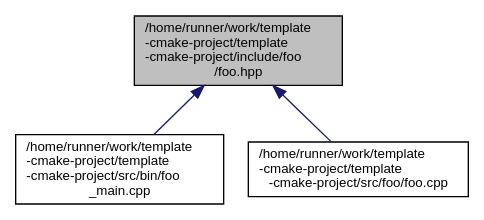
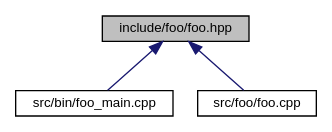
One commit to francofusco/template-cmake-project changed the diagram in foo_8hpp__dep__incl.dot. Above: the diagram before and after it, drawn with Graphviz. The commit also changed 83 other files, not shown here.

```diff
--- a/foo_8hpp__dep__incl.dot
+++ b/foo_8hpp__dep__incl.dot
@@ -1,11 +1,11 @@
-digraph "/home/runner/work/template-cmake-project/template-cmake-project/include/foo/foo.hpp"
+digraph "include/foo/foo.hpp"
 {
  // LATEX_PDF_SIZE
   edge [fontname="Helvetica",fontsize="10",labelfontname="Helvetica",labelfontsize="10"];
   node [fontname="Helvetica",fontsize="10",shape=record];
-  Node1 [label="/home/runner/work/template\l-cmake-project/template\l-cmake-project/include/foo\l/foo.hpp",height=0.2,width=0.4,color="black", fillcolor="grey75", style="filled", fontcolor="black",tooltip="Header file for the foo::bar(int) function."];
+  Node1 [label="include/foo/foo.hpp",height=0.2,width=0.4,color="black", fillcolor="grey75", style="filled", fontcolor="black",tooltip="Header file for the foo::bar(int) function."];
   Node1 -> Node2 [dir="back",color="midnightblue",fontsize="10",style="solid",fontname="Helvetica"];
-  Node2 [label="/home/runner/work/template\l-cmake-project/template\l-cmake-project/src/bin/foo\l_main.cpp",height=0.2,width=0.4,color="black", fillcolor="white", style="filled",URL="$foo__main_8cpp.html",tooltip="Executable using the foo::bar(int) function."];
+  Node2 [label="src/bin/foo_main.cpp",height=0.2,width=0.4,color="black", fillcolor="white", style="filled",URL="$foo__main_8cpp.html",tooltip="Executable using the foo::bar(int) function."];
   Node1 -> Node3 [dir="back",color="midnightblue",fontsize="10",style="solid",fontname="Helvetica"];
-  Node3 [label="/home/runner/work/template\l-cmake-project/template\l-cmake-project/src/foo/foo.cpp",height=0.2,width=0.4,color="black", fillcolor="white", style="filled",URL="$foo_8cpp.html",tooltip="Implemenation file for the foo::bar(int) function."];
+  Node3 [label="src/foo/foo.cpp",height=0.2,width=0.4,color="black", fillcolor="white", style="filled",URL="$foo_8cpp.html",tooltip="Implemenation file for the foo::bar(int) function."];
 }
```
